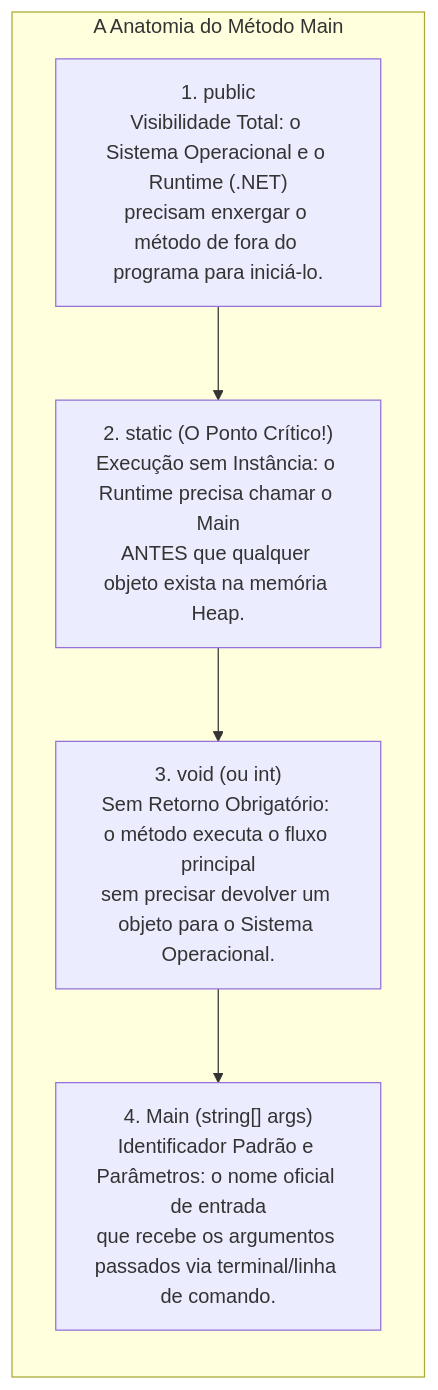
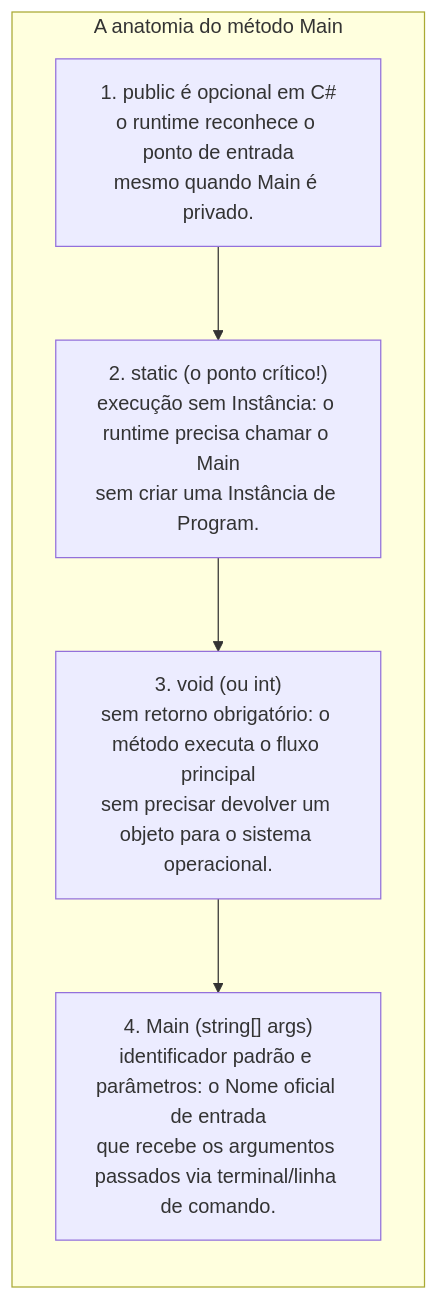
The third of 7 diagrams in 01. Programacao Modular/09. Atributos estáticos e propriedades (compartilhamento de estado e encapsulamento).md (leorruas/puc), drawn with Mermaid before and after one commit. The commit also changed other lines of this file and 10 other files, not shown here.

````diff
--- a/01. Programacao Modular/09. Atributos estáticos e propriedades (compartilhamento de estado e encapsulamento).md
+++ b/01. Programacao Modular/09. Atributos estáticos e propriedades (compartilhamento de estado e encapsulamento).md
@@ -124,14 +137,14 @@
 ```mermaid
 flowchart TD
-    subgraph AnatomiaMain ["A Anatomia do Método Main"]
+    subgraph AnatomiaMain ["A anatomia do método Main"]
         direction TB
-        PUB["1. public<br>Visibilidade Total: o Sistema Operacional e o Runtime (.NET)<br>precisam enxergar o método de fora do programa para iniciá-lo."]
-        STAT["2. static (O Ponto Crítico!)<br>Execução sem Instância: o Runtime precisa chamar o Main<br>ANTES que qualquer objeto exista na memória Heap."]
-        VOI["3. void (ou int)<br>Sem Retorno Obrigatório: o método executa o fluxo principal<br>sem precisar devolver um objeto para o Sistema Operacional."]
-        MAI["4. Main (string[] args)<br>Identificador Padrão e Parâmetros: o nome oficial de entrada<br>que recebe os argumentos passados via terminal/linha de comando."]
+        PUB["1. public é opcional em C#<br>o runtime reconhece o ponto de entrada<br>mesmo quando Main é privado."]
+        STAT["2. static (o ponto crítico!)<br>execução sem Instância: o runtime precisa chamar o Main<br>sem criar uma Instância de Program."]
+        VOI["3. void (ou int)<br>sem retorno obrigatório: o método executa o fluxo principal<br>sem precisar devolver um objeto para o sistema operacional."]
+        MAI["4. Main (string[] args)<br>identificador padrão e parâmetros: o Nome oficial de entrada<br>que recebe os argumentos passados via terminal/linha de comando."]
 
         PUB --> STAT
         STAT --> VOI
         VOI --> MAI
     end
 ```
````
